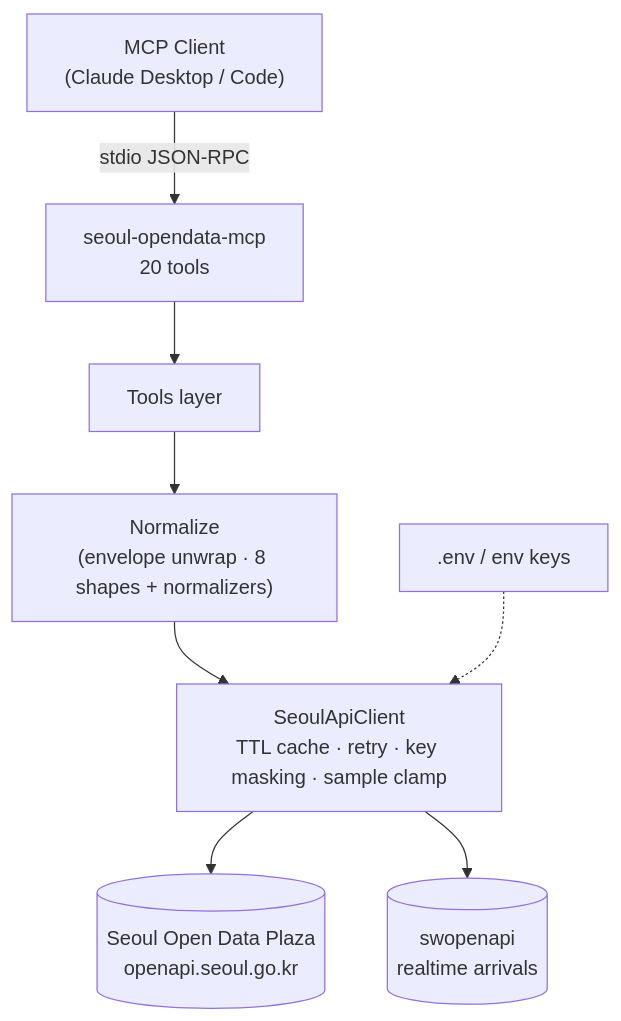
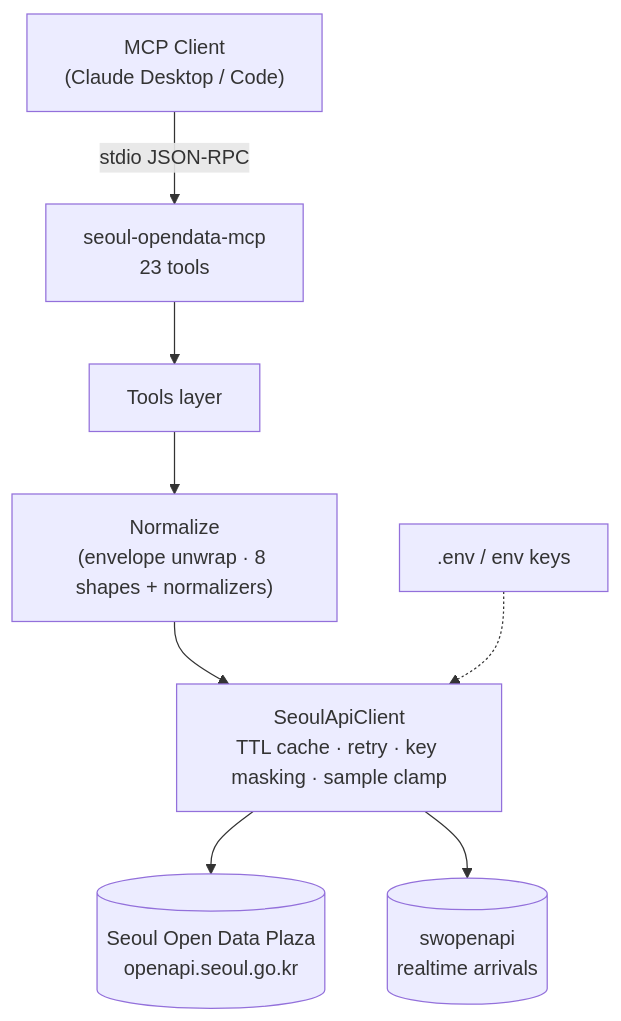
One commit to whchoi98/seoul-opendata-mcp changed the first of 2 diagrams in README.md. Above: the diagram before and after it, drawn with Mermaid. The commit also changed other lines of this file and 54 other files, not shown here.

````diff
--- a/README.md
+++ b/README.md
@@ -35,10 +36,10 @@
 ```mermaid
 flowchart TD
-    MCPClient["MCP Client<br/>(Claude Desktop / Code)"] -->|"stdio JSON-RPC"| Server["seoul-opendata-mcp<br/>20 tools"]
+    MCPClient["MCP Client<br/>(Claude Desktop / Code)"] -->|"stdio JSON-RPC"| Server["seoul-opendata-mcp<br/>23 tools"]
     Server --> ToolsLayer["Tools layer"]
     ToolsLayer --> Normalize["Normalize<br/>(envelope unwrap · 8 shapes + normalizers)"]
     Normalize --> Client["SeoulApiClient<br/>TTL cache · retry · key masking · sample clamp"]
     Client --> APIs[("Seoul Open Data Plaza<br/>openapi.seoul.go.kr")]
     Client --> Subway[("swopenapi<br/>realtime arrivals")]
     ENV[".env / env keys"] -.-> Client
 ```
````
